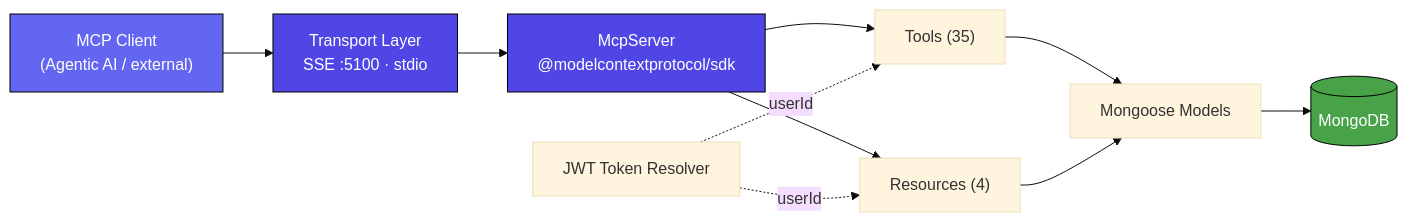
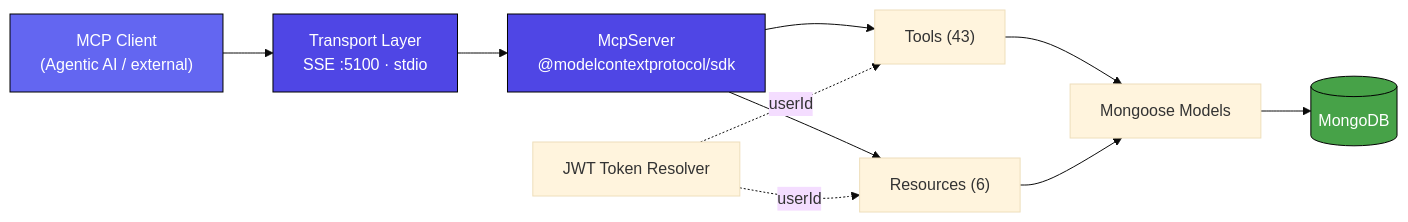
One commit to hoangsonww/WealthWise-Finance-Tracker changed diagram 17 of 28 in ARCHITECTURE.md. Above: the diagram before and after it, drawn with Mermaid (base theme). The commit also changed other lines of this file and 50 other files, not shown here.

Commit message:
feat(context): enhance context integration for user-specific financial prompts and architecture documentation

````diff
--- a/ARCHITECTURE.md
+++ b/ARCHITECTURE.md
@@ -784,18 +803,18 @@
 ```mermaid
 graph LR
     CLIENT["MCP Client<br/>(Agentic AI / external)"] --> TRANSPORT["Transport Layer<br/>SSE :5100 · stdio"]
     TRANSPORT --> SERVER["McpServer<br/>@modelcontextprotocol/sdk"]
-    SERVER --> TOOLS["Tools (35)"]
-    SERVER --> RES["Resources (4)"]
+    SERVER --> TOOLS["Tools (43)"]
+    SERVER --> RES["Resources (6)"]
     TOOLS --> MODELS["Mongoose Models"]
     RES --> MODELS
     MODELS --> DB[(MongoDB)]
 
     AUTH["JWT Token Resolver"] -. "userId" .-> TOOLS
     AUTH -. "userId" .-> RES
 
     style CLIENT fill:#6366f1,stroke:#000,color:#fff
     style TRANSPORT fill:#4f46e5,stroke:#000,color:#fff
     style SERVER fill:#4f46e5,stroke:#000,color:#fff
     style DB fill:#47a248,stroke:#000,color:#fff
 ```
````
